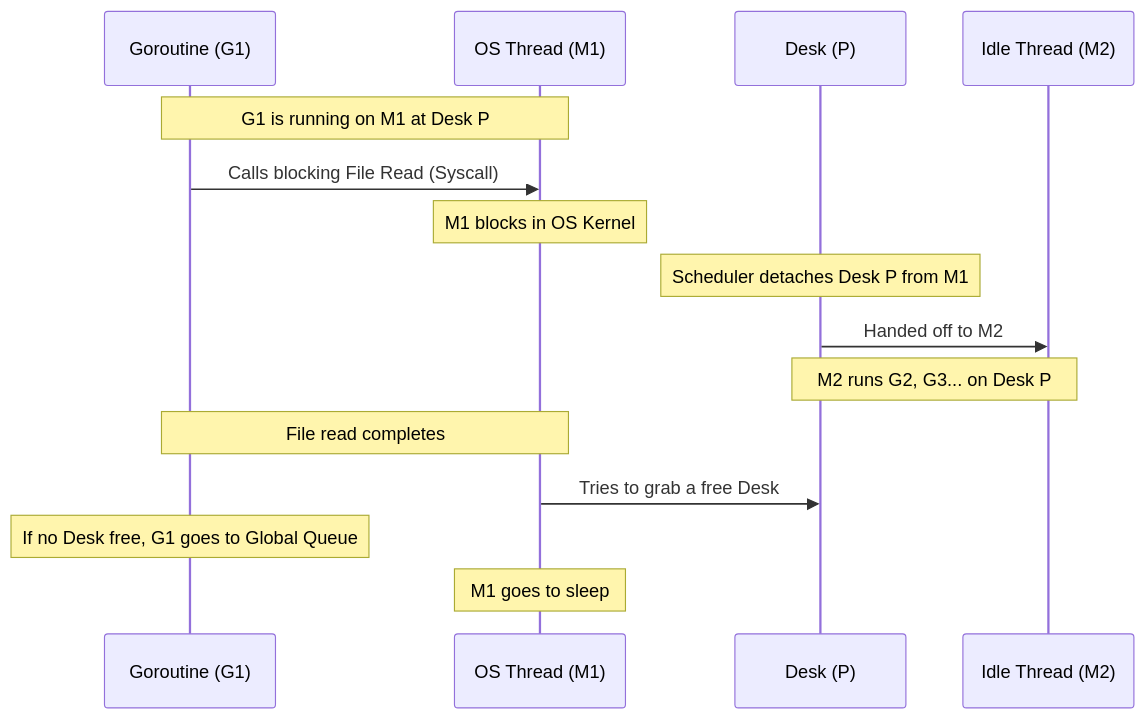
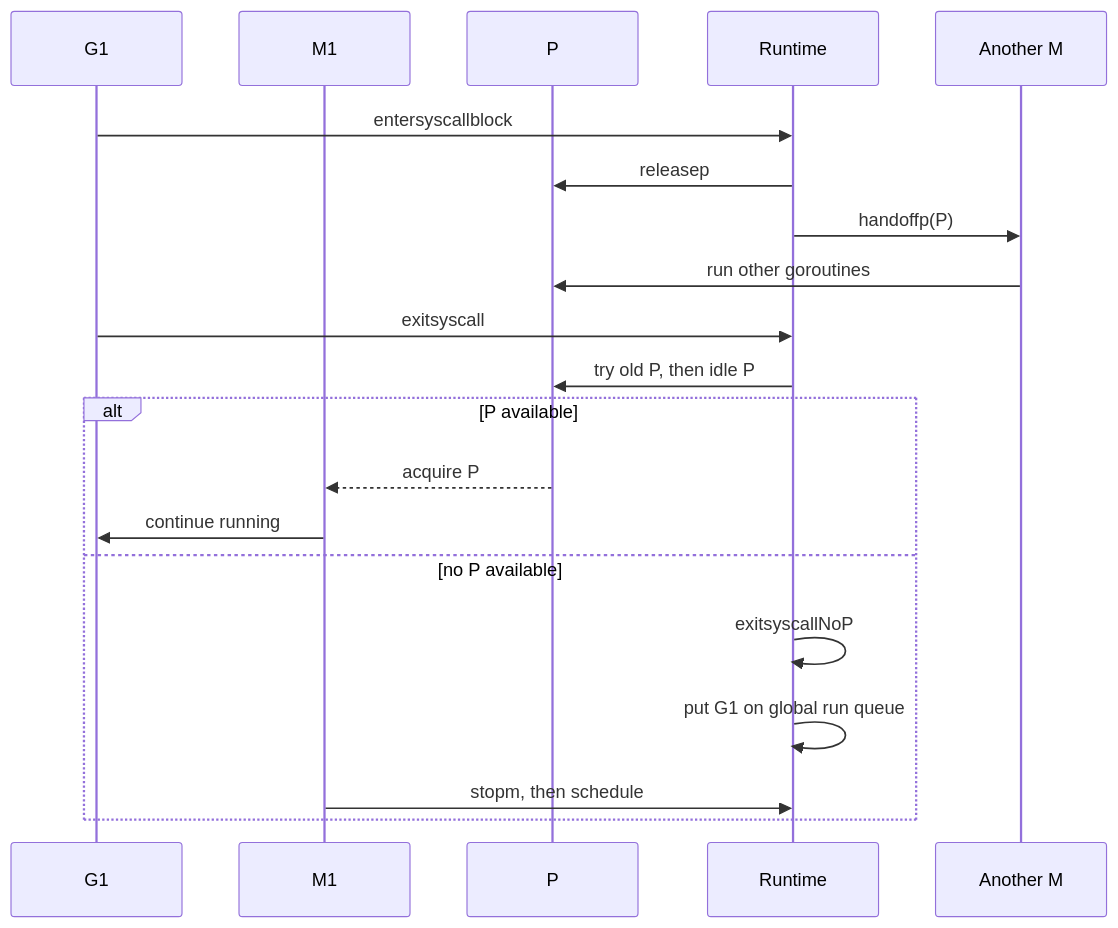
The sixth of 6 diagrams in src/content/blog/2026-06-14-understanding-go-scheduler-gmp.md (nvkhuy/nvkhuy.github.io), drawn with Mermaid before and after one commit. The commit also changed other lines of this file and 3 other files, not shown here.

````diff
--- a/src/content/blog/2026-06-14-understanding-go-scheduler-gmp.md
+++ b/src/content/blog/2026-06-14-understanding-go-scheduler-gmp.md
@@ -242,18 +259,23 @@
 ```mermaid
 sequenceDiagram
-    participant G1 as Goroutine (G1)
-    participant M1 as OS Thread (M1)
-    participant P as Desk (P)
-    participant M2 as Idle Thread (M2)
+    participant G1 as G1
+    participant M1 as M1
+    participant P as P
+    participant Runtime as Runtime
+    participant M2 as Another M
 
-    Note over G1,M1: G1 is running on M1 at Desk P
-    G1->>M1: Calls blocking File Read (Syscall)
-    Note over M1: M1 blocks in OS Kernel
-    Note over P: Scheduler detaches Desk P from M1
-    P->>M2: Handed off to M2
-    Note over P,M2: M2 runs G2, G3... on Desk P
-    Note over G1,M1: File read completes
-    M1->>P: Tries to grab a free Desk
-    Note over G1: If no Desk free, G1 goes to Global Queue
-    Note over M1: M1 goes to sleep
+    G1->>Runtime: entersyscallblock
+    Runtime->>P: releasep
+    Runtime->>M2: handoffp(P)
+    M2->>P: run other goroutines
+    G1->>Runtime: exitsyscall
+    Runtime->>P: try old P, then idle P
+    alt P available
+        P-->>M1: acquire P
+        M1->>G1: continue running
+    else no P available
+        Runtime->>Runtime: exitsyscallNoP
+        Runtime->>Runtime: put G1 on global run queue
+        M1->>Runtime: stopm, then schedule
+    end
 ```
````
